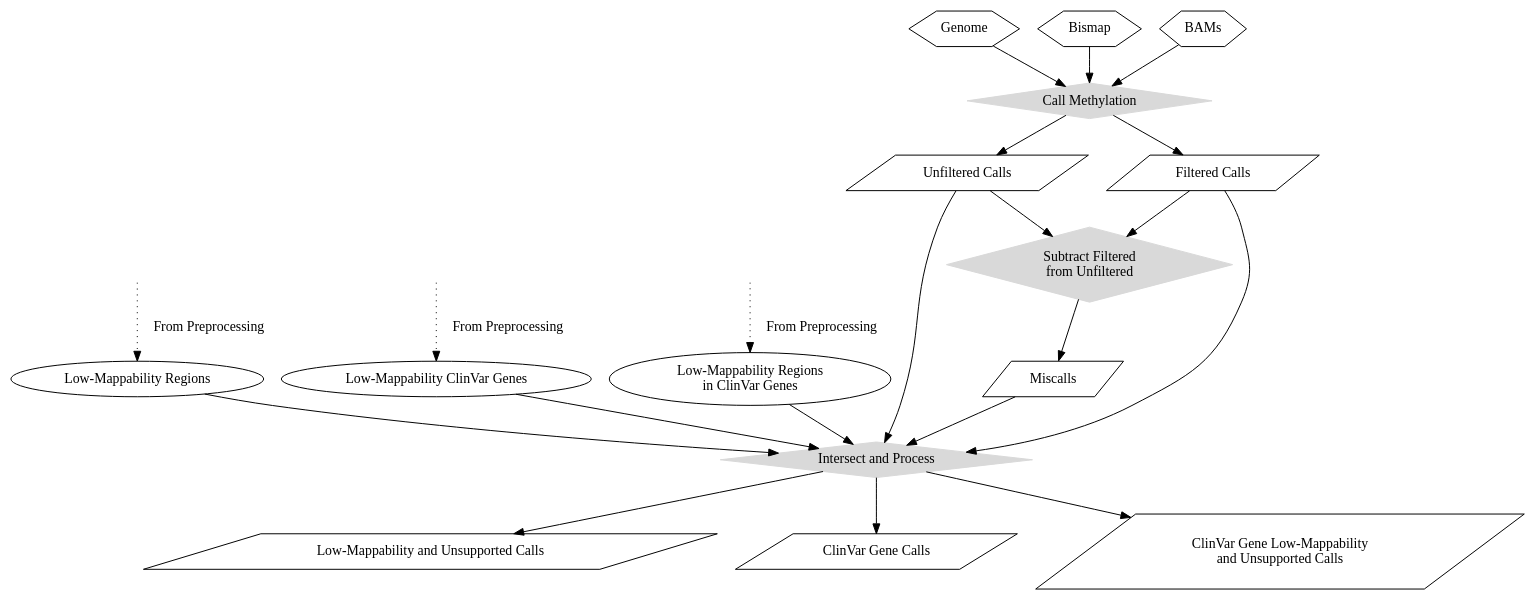
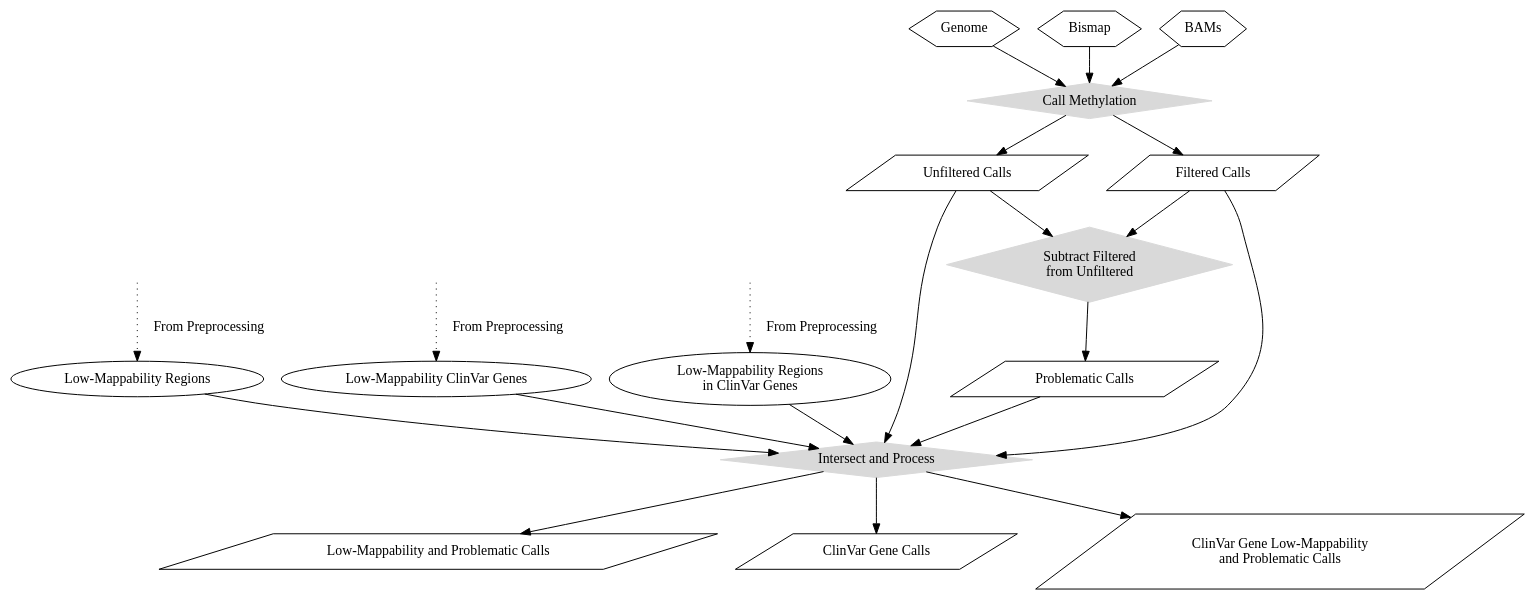
Before and after one commit to nebiolabs/low_bismap_methyl_calls: the diagram in procfig_2.dot, drawn with Graphviz. The commit also changed 2 other files, not shown here.

```diff
--- a/procfig_2.dot
+++ b/procfig_2.dot
@@ -1,67 +1,67 @@
 digraph workflow {
 
 	"PREPROC_1" [style=invis];
 
 	"PREPROC_2" [style=invis];
 
 	"PREPROC_3" [style=invis];
 
 	"PREPROC_1" -> "Low-Mappability Regions" [label="From Preprocessing", style=dotted];
 
 	"PREPROC_2" -> "Low-Mappability ClinVar Genes" [label="From Preprocessing", style=dotted];
 
 	"PREPROC_3" -> "Low-Mappability Regions \nin ClinVar Genes" [label="From Preprocessing", style=dotted];
 
 	"Genome" [shape=hexagon];
 
 	"Bismap" [shape=hexagon];
 
 	"BAMs" [shape=hexagon];
 
 	"Intersect_1" [shape=diamond, color=gray85, style=filled, label="Call Methylation"];
 
 	"Genome" -> "Intersect_1";
 
 	"BAMs" -> "Intersect_1";
 
 	"Bismap" -> "Intersect_1";
 
 	"Intersect_1" -> "Unfiltered Calls";
 	"Unfiltered Calls" [shape=parallelogram];
 
 	"Intersect_1" -> "Filtered Calls";
 	"Filtered Calls" [shape=parallelogram];
 
 	"Intersect_2" [shape=diamond, color=gray85, style=filled, label="Subtract Filtered \nfrom Unfiltered"];
 
 	"Unfiltered Calls" -> "Intersect_2";
 
 	"Filtered Calls" -> "Intersect_2";
 
-	"Intersect_2" -> "Miscalls";
-	"Miscalls" [shape=parallelogram];
+	"Intersect_2" -> "Problematic Calls";
+	"Problematic Calls" [shape=parallelogram];
 
 	"Intersect_3" [shape=diamond, color=gray85, style=filled, label="Intersect and Process"];
 
 	"Unfiltered Calls" -> "Intersect_3";
 
 	"Filtered Calls" -> "Intersect_3";
 
-	"Miscalls" -> "Intersect_3";
+	"Problematic Calls" -> "Intersect_3";
 
 	"Low-Mappability Regions" -> "Intersect_3";
 
 	"Low-Mappability ClinVar Genes" -> "Intersect_3";
 
 	"Low-Mappability Regions \nin ClinVar Genes" -> "Intersect_3";
 
-	"Low-Mappability and Unsupported Calls" [shape=parallelogram];
-	"Intersect_3" -> "Low-Mappability and Unsupported Calls";
+	"Low-Mappability and Problematic Calls" [shape=parallelogram];
+	"Intersect_3" -> "Low-Mappability and Problematic Calls";
 
 	"Intersect_3" -> "ClinVar Gene Calls";
 	"ClinVar Gene Calls" [shape=parallelogram];
 
-	"ClinVar Gene Low-Mappability \nand Unsupported Calls" [shape=parallelogram];
-	"Intersect_3" -> "ClinVar Gene Low-Mappability \nand Unsupported Calls";
+	"ClinVar Gene Low-Mappability \nand Problematic Calls" [shape=parallelogram];
+	"Intersect_3" -> "ClinVar Gene Low-Mappability \nand Problematic Calls";
 	
  }
```
